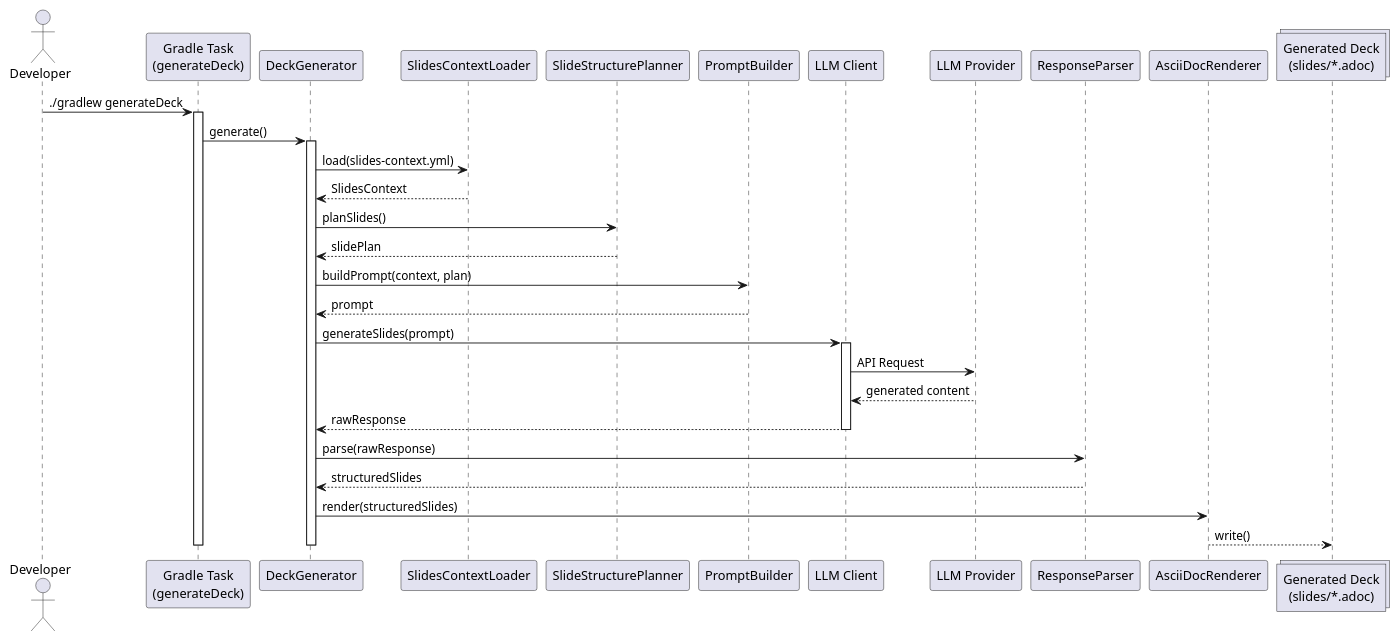
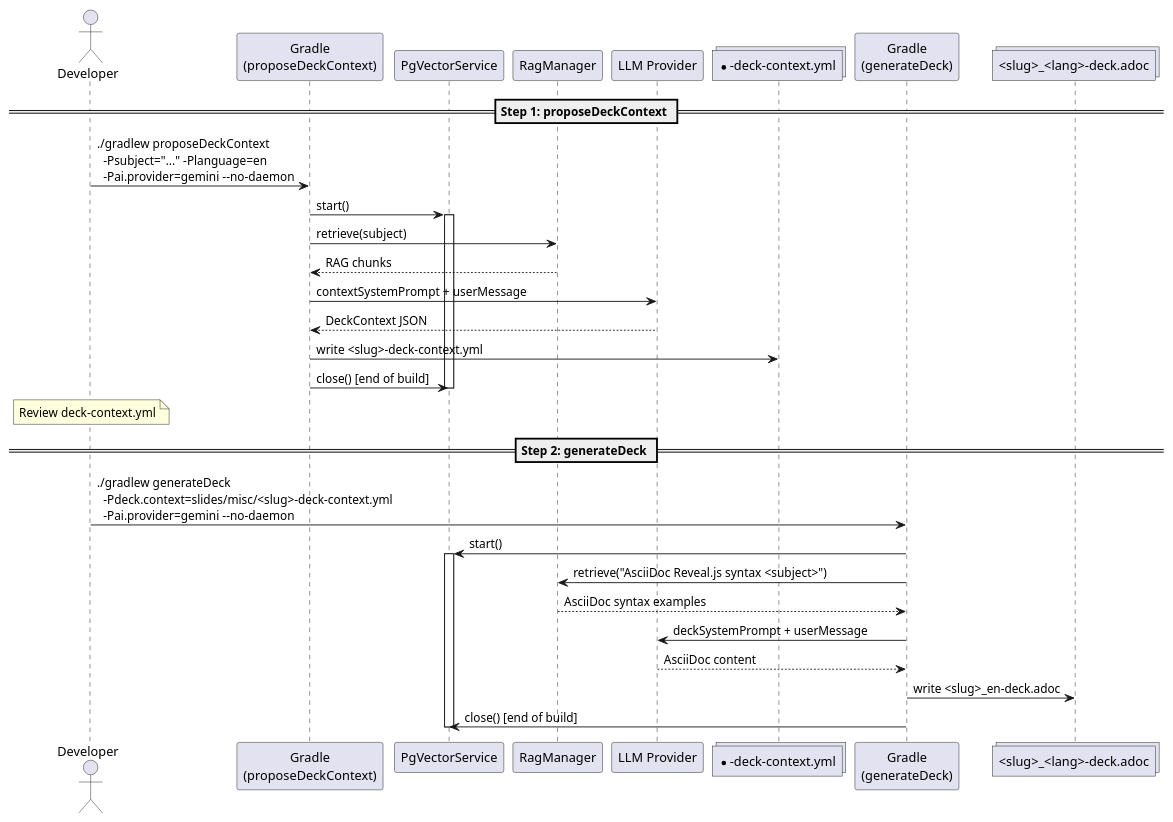
The eighth of 10 diagrams in README_plantuml.adoc (cheroliv/slider-gradle), drawn with PlantUML before and after one commit. The commit also changed other lines of this file and 1 other file, not shown here.

Commit message:
📝 docs(README_plantuml*): update AI generation process and file structure for deck context and generated decks

```diff
--- a/README_plantuml.adoc
+++ b/README_plantuml.adoc
@@ -582,47 +535,43 @@
 [plantuml]
 ....
 @startuml
 actor Developer
 
-participant "Gradle Task\n(generateDeck)" as GradleTask
-participant "DeckGenerator"
-participant "SlidesContextLoader"
-participant "SlideStructurePlanner"
-participant "PromptBuilder"
-participant "LLM Client"
-participant "LLM Provider"
-participant "ResponseParser"
-participant "AsciiDocRenderer"
-collections "Generated Deck\n(slides/*.adoc)" as Output
+participant "Gradle\n(proposeDeckContext)" as Propose
+participant "PgVectorService" as PGS
+participant "RagManager" as RAG
+participant "LLM Provider" as LLM
+collections "*-deck-context.yml" as CtxFile
 
-Developer -> GradleTask : ./gradlew generateDeck
+participant "Gradle\n(generateDeck)" as Generate
+collections "<slug>_<lang>-deck.adoc" as DeckFile
 
-activate GradleTask
-GradleTask -> DeckGenerator : generate()
+== Step 1: proposeDeckContext ==
 
-activate DeckGenerator
-DeckGenerator -> SlidesContextLoader : load(slides-context.yml)
-SlidesContextLoader --> DeckGenerator : SlidesContext
+Developer -> Propose : ./gradlew proposeDeckContext\n  -Psubject="..." -Planguage=en\n  -Pai.provider=gemini --no-daemon
+Propose -> PGS : start()
+activate PGS
+Propose -> RAG : retrieve(subject)
+RAG --> Propose : RAG chunks
+Propose -> LLM : contextSystemPrompt + userMessage
+LLM --> Propose : DeckContext JSON
+Propose -> CtxFile : write <slug>-deck-context.yml
+Propose -> PGS : close() [end of build]
+deactivate PGS
 
-DeckGenerator -> SlideStructurePlanner : planSlides()
-SlideStructurePlanner --> DeckGenerator : slidePlan
+note over Developer : Review deck-context.yml
 
-DeckGenerator -> PromptBuilder : buildPrompt(context, plan)
-PromptBuilder --> DeckGenerator : prompt
+== Step 2: generateDeck ==
 
-DeckGenerator -> "LLM Client" : generateSlides(prompt)
-activate "LLM Client"
-"LLM Client" -> "LLM Provider" : API Request
-"LLM Provider" --> "LLM Client" : generated content
-"LLM Client" --> DeckGenerator : rawResponse
-deactivate "LLM Client"
-
-DeckGenerator -> ResponseParser : parse(rawResponse)
-ResponseParser --> DeckGenerator : structuredSlides
-
-DeckGenerator -> AsciiDocRenderer : render(structuredSlides)
-AsciiDocRenderer --> Output : write()
-deactivate DeckGenerator
-deactivate GradleTask
+Developer -> Generate : ./gradlew generateDeck\n  -Pdeck.context=slides/misc/<slug>-deck-context.yml\n  -Pai.provider=gemini --no-daemon
+Generate -> PGS : start()
+activate PGS
+Generate -> RAG : retrieve("AsciiDoc Reveal.js syntax <subject>")
+RAG --> Generate : AsciiDoc syntax examples
+Generate -> LLM : deckSystemPrompt + userMessage
+LLM --> Generate : AsciiDoc content
+Generate -> DeckFile : write <slug>_en-deck.adoc
+Generate -> PGS : close() [end of build]
+deactivate PGS
 @enduml
 ....
```
